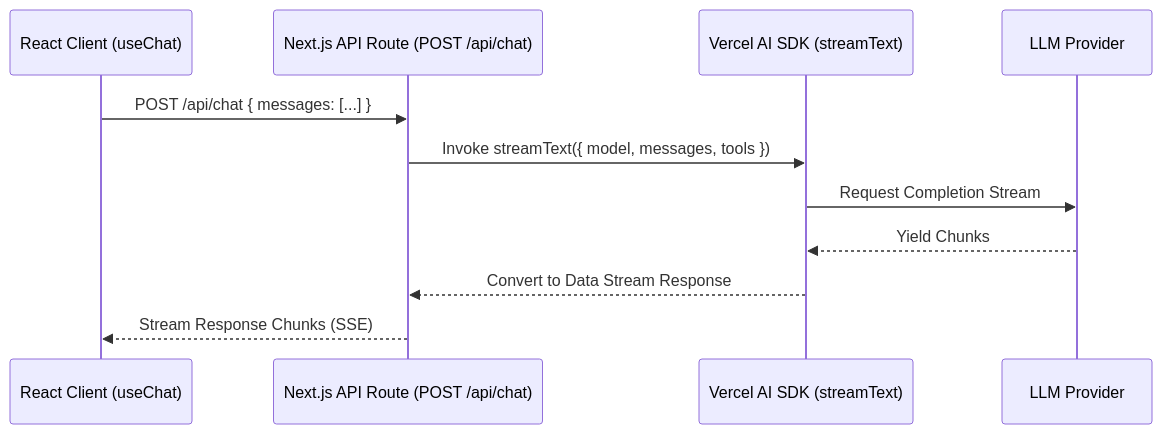
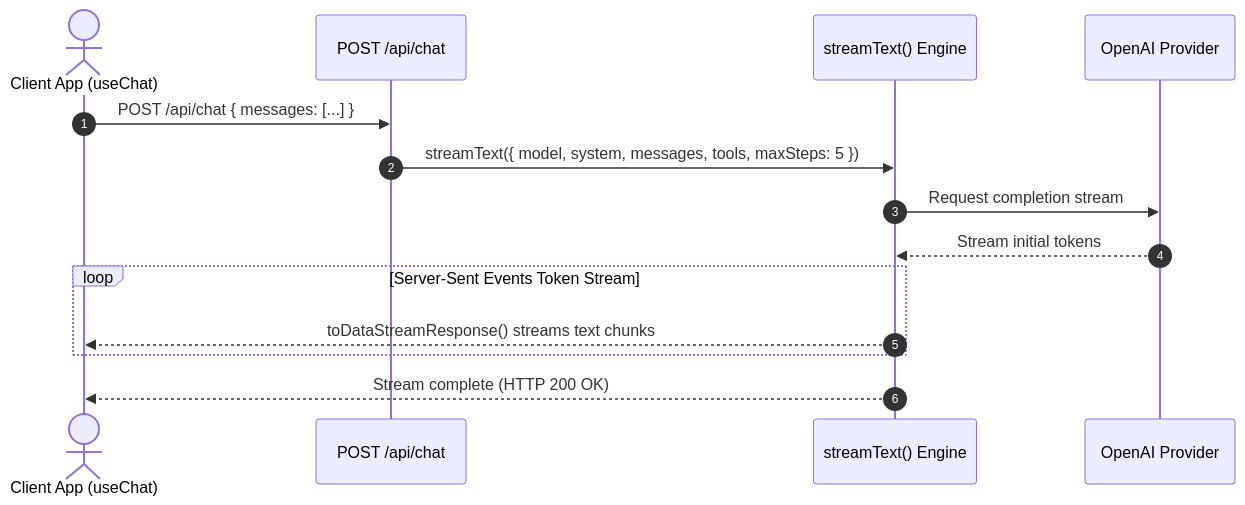
One commit to Amie-dev/engineering-playbook changed the third of 3 diagrams in agentic-ai-notes/08-samvaad-ai/02-chat-streaming-api.md. Above: the diagram before and after it, drawn with Mermaid. The commit also changed other lines of this file and 8 other files, not shown here.

````diff
--- a/agentic-ai-notes/08-samvaad-ai/02-chat-streaming-api.md
+++ b/agentic-ai-notes/08-samvaad-ai/02-chat-streaming-api.md
@@ -10,14 +64,20 @@
 ```mermaid
 sequenceDiagram
-    participant Client as React Client (useChat)
-    participant Route as Next.js API Route (POST /api/chat)
-    participant AI as Vercel AI SDK (streamText)
-    participant Model as LLM Provider
+    autonumber
+    actor Client as Client App (useChat)
+    participant Route as POST /api/chat
+    participant SDK as streamText() Engine
+    participant Model as OpenAI Provider
 
     Client->>Route: POST /api/chat { messages: [...] }
-    Route->>AI: Invoke streamText({ model, messages, tools })
-    AI->>Model: Request Completion Stream
-    Model-->>AI: Yield Chunks
-    AI-->>Route: Convert to Data Stream Response
-    Route-->>Client: Stream Response Chunks (SSE)
+    Route->>SDK: streamText({ model, system, messages, tools, maxSteps: 5 })
+    
+    SDK->>Model: Request completion stream
+    Model-->>SDK: Stream initial tokens
+    
+    loop Server-Sent Events Token Stream
+        SDK-->>Client: toDataStreamResponse() streams text chunks
+    end
+
+    SDK-->>Client: Stream complete (HTTP 200 OK)
 ```
````
